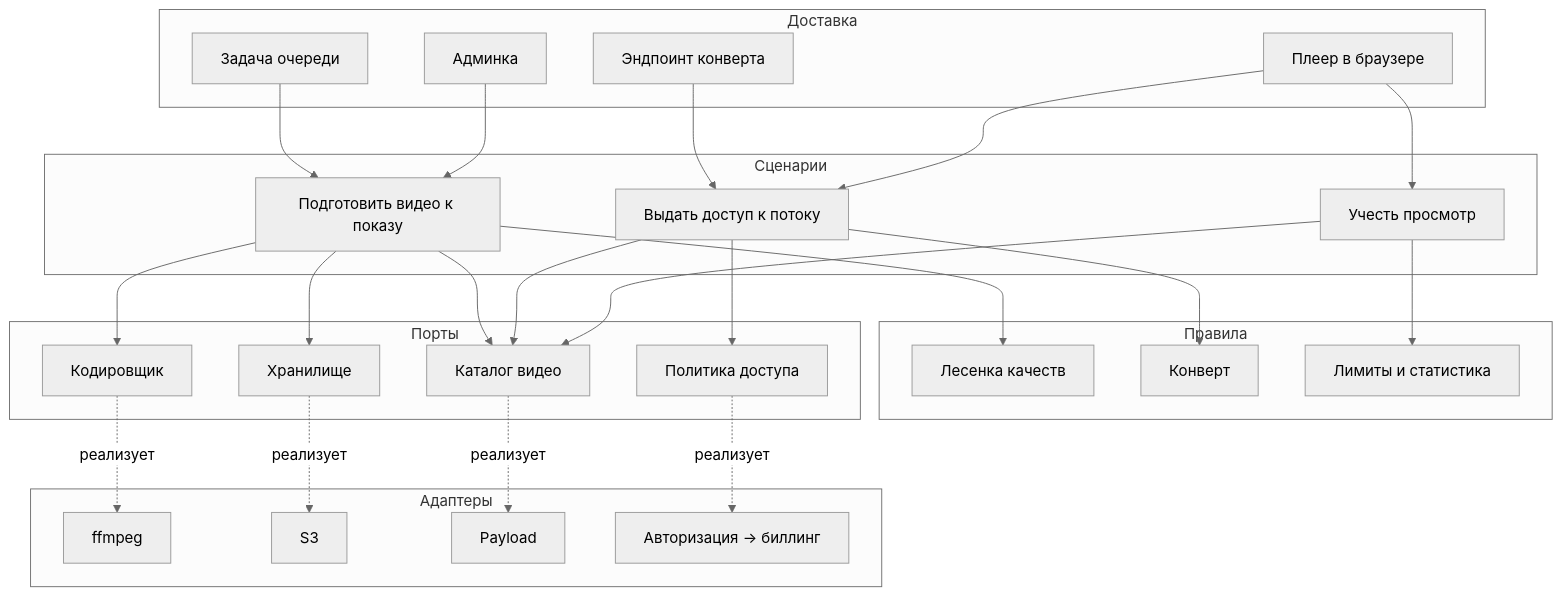
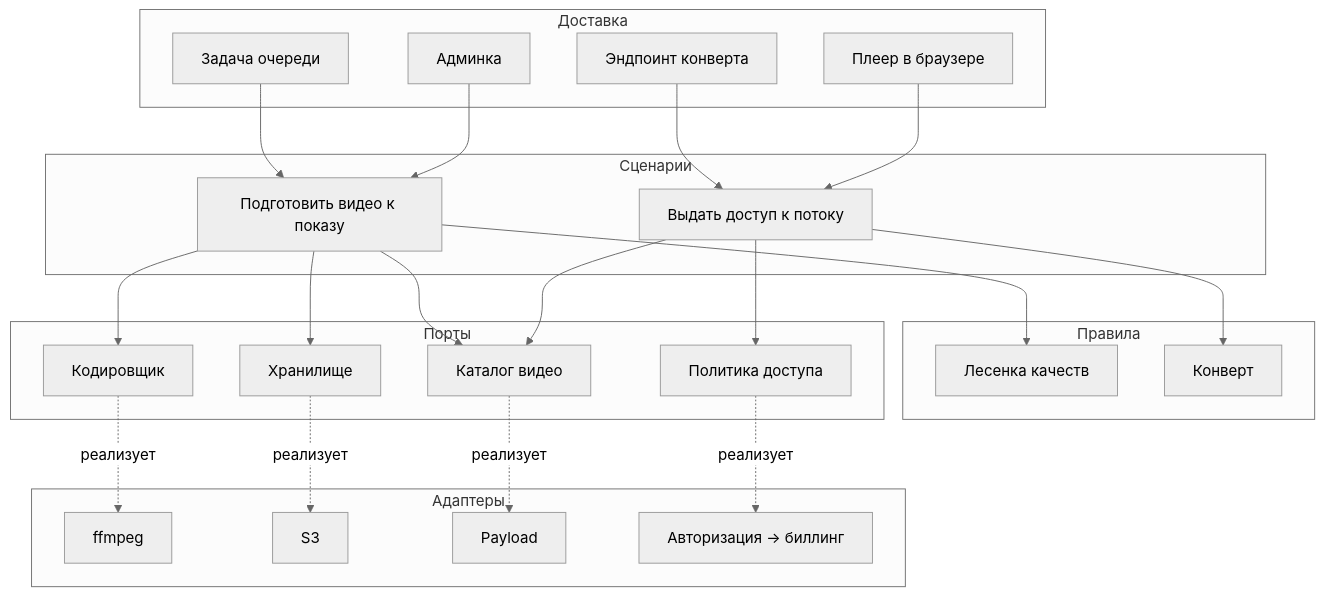
One commit to Vovanda/WebHolyGrail changed the first of 6 diagrams in docs/whg/39-video.md. Above: the diagram before and after it, drawn with Mermaid (neutral theme). The commit also changed other lines of this file and 1 other file, not shown here.

````diff
--- a/docs/whg/39-video.md
+++ b/docs/whg/39-video.md
@@ -20,53 +20,48 @@
 ```mermaid
 flowchart TB
     subgraph delivery["Доставка"]
         job["Задача очереди"]
         api["Эндпоинт конверта"]
         player["Плеер в браузере"]
         admin["Админка"]
     end
     subgraph app["Сценарии"]
         build["Подготовить видео к показу"]
         grant["Выдать доступ к потоку"]
-        watch["Учесть просмотр"]
     end
     subgraph domain["Правила"]
         ladder["Лесенка качеств"]
         envelope["Конверт"]
-        limits["Лимиты и статистика"]
     end
     subgraph ports["Порты"]
         encoder["Кодировщик"]
         storage["Хранилище"]
         catalog["Каталог видео"]
         policy["Политика доступа"]
     end
     subgraph adapters["Адаптеры"]
         ffmpeg["ffmpeg"]
         s3["S3"]
         payload["Payload"]
         auth["Авторизация → биллинг"]
     end
 
     job --> build
     api --> grant
     player --> grant
-    player --> watch
     admin --> build
 
     build --> ladder
     grant --> envelope
-    watch --> limits
 
     build --> encoder
     build --> storage
     build --> catalog
     grant --> catalog
     grant --> policy
-    watch --> catalog
 
     encoder -.реализует.-> ffmpeg
     storage -.реализует.-> s3
     catalog -.реализует.-> payload
     policy -.реализует.-> auth
 ```
````
